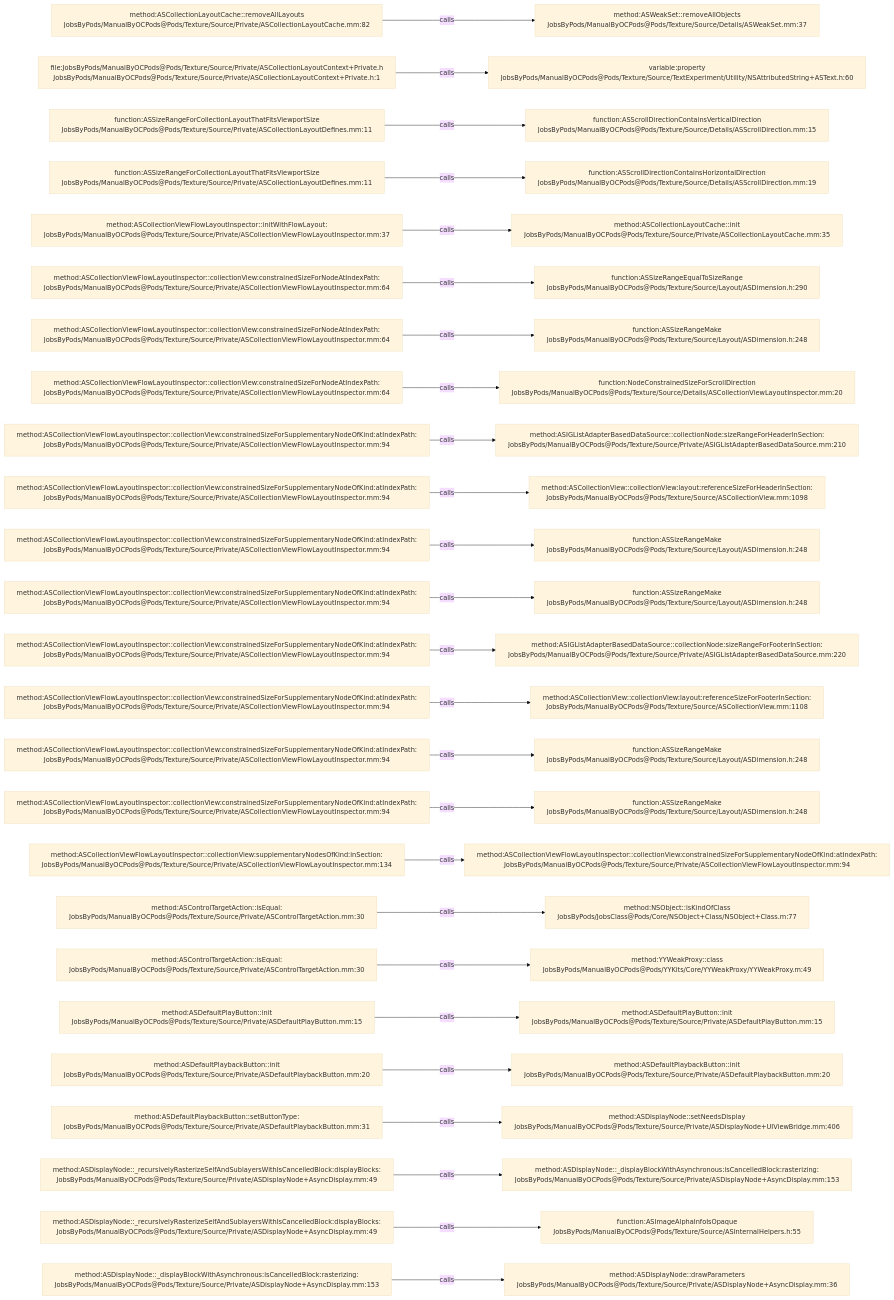
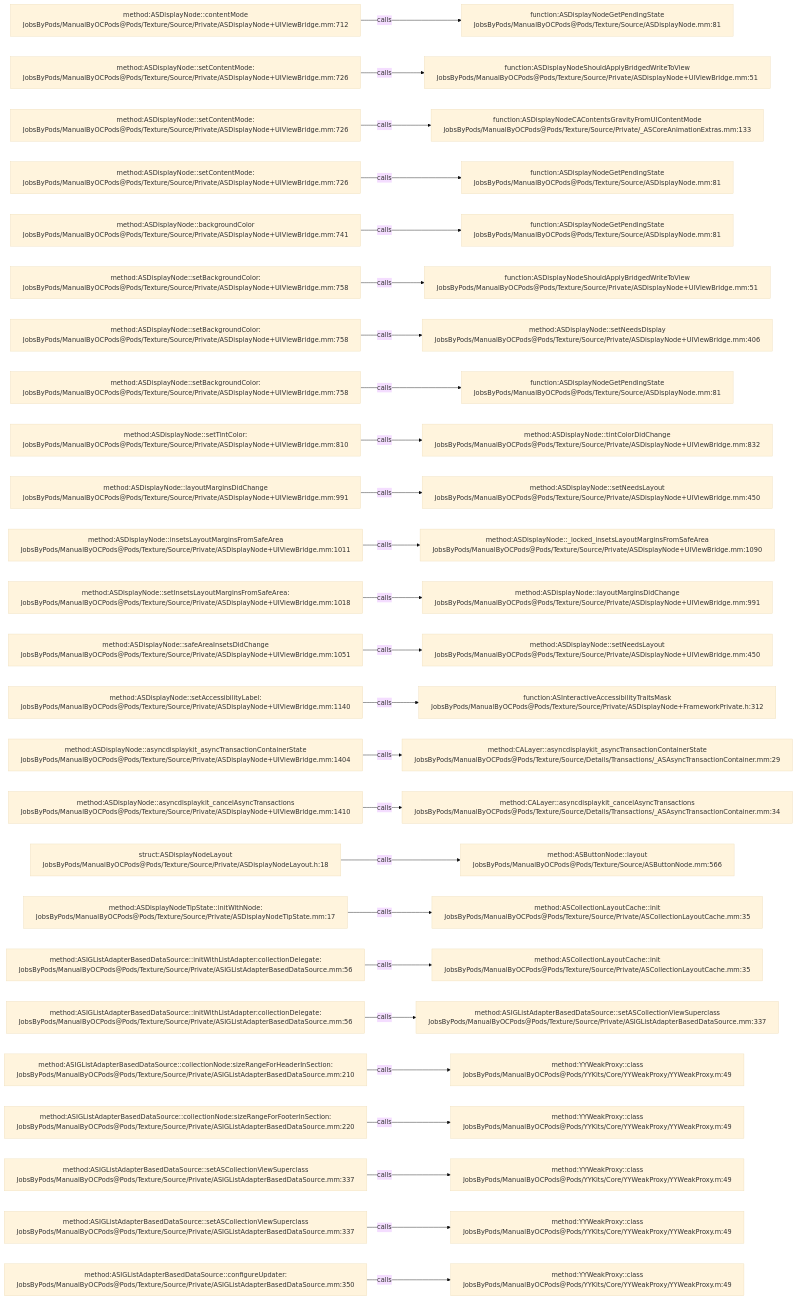
The diagram in .codegraph/codegraph.md/graphs/calls-187.md (JobsKits/JobsOCBaseConfigDemo), drawn with Mermaid (base theme) before and after one commit. The commit also changed 1353 other files, not shown here.

````diff
--- a/.codegraph/codegraph.md/graphs/calls-187.md
+++ b/.codegraph/codegraph.md/graphs/calls-187.md
@@ -13,78 +13,78 @@
 ```mermaid
 flowchart LR
-  S1["method:ASCollectionLayoutCache::removeAllLayouts<br/>JobsByPods/ManualByOCPods@Pods/Texture/Source/Private/ASCollectionLayoutCache.mm:82"]
-  T1["method:ASWeakSet::removeAllObjects<br/>JobsByPods/ManualByOCPods@Pods/Texture/Source/Details/ASWeakSet.mm:37"]
+  S1["method:ASDisplayNode::contentMode<br/>JobsByPods/ManualByOCPods@Pods/Texture/Source/Private/ASDisplayNode+UIViewBridge.mm:712"]
+  T1["function:ASDisplayNodeGetPendingState<br/>JobsByPods/ManualByOCPods@Pods/Texture/Source/ASDisplayNode.mm:81"]
   S1 -->|calls| T1
-  S2["file:JobsByPods/ManualByOCPods@Pods/Texture/Source/Private/ASCollectionLayoutContext+Private.h<br/>JobsByPods/ManualByOCPods@Pods/Texture/Source/Private/ASCollectionLayoutContext+Private.h:1"]
-  T2["variable:property<br/>JobsByPods/ManualByOCPods@Pods/Texture/Source/TextExperiment/Utility/NSAttributedString+ASText.h:60"]
+  S2["method:ASDisplayNode::setContentMode:<br/>JobsByPods/ManualByOCPods@Pods/Texture/Source/Private/ASDisplayNode+UIViewBridge.mm:726"]
+  T2["function:ASDisplayNodeShouldApplyBridgedWriteToView<br/>JobsByPods/ManualByOCPods@Pods/Texture/Source/Private/ASDisplayNode+UIViewBridge.mm:51"]
   S2 -->|calls| T2
-  S3["function:ASSizeRangeForCollectionLayoutThatFitsViewportSize<br/>JobsByPods/ManualByOCPods@Pods/Texture/Source/Private/ASCollectionLayoutDefines.mm:11"]
-  T3["function:ASScrollDirectionContainsVerticalDirection<br/>JobsByPods/ManualByOCPods@Pods/Texture/Source/Details/ASScrollDirection.mm:15"]
+  S3["method:ASDisplayNode::setContentMode:<br/>JobsByPods/ManualByOCPods@Pods/Texture/Source/Private/ASDisplayNode+UIViewBridge.mm:726"]
+  T3["function:ASDisplayNodeCAContentsGravityFromUIContentMode<br/>JobsByPods/ManualByOCPods@Pods/Texture/Source/Private/_ASCoreAnimationExtras.mm:133"]
   S3 -->|calls| T3
-  S4["function:ASSizeRangeForCollectionLayoutThatFitsViewportSize<br/>JobsByPods/ManualByOCPods@Pods/Texture/Source/Private/ASCollectionLayoutDefines.mm:11"]
-  T4["function:ASScrollDirectionContainsHorizontalDirection<br/>JobsByPods/ManualByOCPods@Pods/Texture/Source/Details/ASScrollDirection.mm:19"]
+  S4["method:ASDisplayNode::setContentMode:<br/>JobsByPods/ManualByOCPods@Pods/Texture/Source/Private/ASDisplayNode+UIViewBridge.mm:726"]
+  T4["function:ASDisplayNodeGetPendingState<br/>JobsByPods/ManualByOCPods@Pods/Texture/Source/ASDisplayNode.mm:81"]
   S4 -->|calls| T4
-  S5["method:ASCollectionViewFlowLayoutInspector::initWithFlowLayout:<br/>JobsByPods/ManualByOCPods@Pods/Texture/Source/Private/ASCollectionViewFlowLayoutInspector.mm:37"]
-  T5["method:ASCollectionLayoutCache::init<br/>JobsByPods/ManualByOCPods@Pods/Texture/Source/Private/ASCollectionLayoutCache.mm:35"]
+  S5["method:ASDisplayNode::backgroundColor<br/>JobsByPods/ManualByOCPods@Pods/Texture/Source/Private/ASDisplayNode+UIViewBridge.mm:741"]
+  T5["function:ASDisplayNodeGetPendingState<br/>JobsByPods/ManualByOCPods@Pods/Texture/Source/ASDisplayNode.mm:81"]
   S5 -->|calls| T5
-  S6["method:ASCollectionViewFlowLayoutInspector::collectionView:constrainedSizeForNodeAtIndexPath:<br/>JobsByPods/ManualByOCPods@Pods/Texture/Source/Private/ASCollectionViewFlowLayoutInspector.mm:64"]
-  T6["function:ASSizeRangeEqualToSizeRange<br/>JobsByPods/ManualByOCPods@Pods/Texture/Source/Layout/ASDimension.h:290"]
+  S6["method:ASDisplayNode::setBackgroundColor:<br/>JobsByPods/ManualByOCPods@Pods/Texture/Source/Private/ASDisplayNode+UIViewBridge.mm:758"]
+  T6["function:ASDisplayNodeShouldApplyBridgedWriteToView<br/>JobsByPods/ManualByOCPods@Pods/Texture/Source/Private/ASDisplayNode+UIViewBridge.mm:51"]
   S6 -->|calls| T6
-  S7["method:ASCollectionViewFlowLayoutInspector::collectionView:constrainedSizeForNodeAtIndexPath:<br/>JobsByPods/ManualByOCPods@Pods/Texture/Source/Private/ASCollectionViewFlowLayoutInspector.mm:64"]
-  T7["function:ASSizeRangeMake<br/>JobsByPods/ManualByOCPods@Pods/Texture/Source/Layout/ASDimension.h:248"]
+  S7["method:ASDisplayNode::setBackgroundColor:<br/>JobsByPods/ManualByOCPods@Pods/Texture/Source/Private/ASDisplayNode+UIViewBridge.mm:758"]
+  T7["method:ASDisplayNode::setNeedsDisplay<br/>JobsByPods/ManualByOCPods@Pods/Texture/Source/Private/ASDisplayNode+UIViewBridge.mm:406"]
   S7 -->|calls| T7
-  S8["method:ASCollectionViewFlowLayoutInspector::collectionView:constrainedSizeForNodeAtIndexPath:<br/>JobsByPods/ManualByOCPods@Pods/Texture/Source/Private/ASCollectionViewFlowLayoutInspector.mm:64"]
-  T8["function:NodeConstrainedSizeForScrollDirection<br/>JobsByPods/ManualByOCPods@Pods/Texture/Source/Details/ASCollectionViewLayoutInspector.mm:20"]
+  S8["method:ASDisplayNode::setBackgroundColor:<br/>JobsByPods/ManualByOCPods@Pods/Texture/Source/Private/ASDisplayNode+UIViewBridge.mm:758"]
+  T8["function:ASDisplayNodeGetPendingState<br/>JobsByPods/ManualByOCPods@Pods/Texture/Source/ASDisplayNode.mm:81"]
   S8 -->|calls| T8
-  S9["method:ASCollectionViewFlowLayoutInspector::collectionView:constrainedSizeForSupplementaryNodeOfKind:atIndexPath:<br/>JobsByPods/ManualByOCPods@Pods/Texture/Source/Private/ASCollectionViewFlowLayoutInspector.mm:94"]
-  T9["method:ASIGListAdapterBasedDataSource::collectionNode:sizeRangeForHeaderInSection:<br/>JobsByPods/ManualByOCPods@Pods/Texture/Source/Private/ASIGListAdapterBasedDataSource.mm:210"]
+  S9["method:ASDisplayNode::setTintColor:<br/>JobsByPods/ManualByOCPods@Pods/Texture/Source/Private/ASDisplayNode+UIViewBridge.mm:810"]
+  T9["method:ASDisplayNode::tintColorDidChange<br/>JobsByPods/ManualByOCPods@Pods/Texture/Source/Private/ASDisplayNode+UIViewBridge.mm:832"]
   S9 -->|calls| T9
-  S10["method:ASCollectionViewFlowLayoutInspector::collectionView:constrainedSizeForSupplementaryNodeOfKind:atIndexPath:<br/>JobsByPods/ManualByOCPods@Pods/Texture/Source/Private/ASCollectionViewFlowLayoutInspector.mm:94"]
-  T10["method:ASCollectionView::collectionView:layout:referenceSizeForHeaderInSection:<br/>JobsByPods/ManualByOCPods@Pods/Texture/Source/ASCollectionView.mm:1098"]
+  S10["method:ASDisplayNode::layoutMarginsDidChange<br/>JobsByPods/ManualByOCPods@Pods/Texture/Source/Private/ASDisplayNode+UIViewBridge.mm:991"]
+  T10["method:ASDisplayNode::setNeedsLayout<br/>JobsByPods/ManualByOCPods@Pods/Texture/Source/Private/ASDisplayNode+UIViewBridge.mm:450"]
   S10 -->|calls| T10
-  S11["method:ASCollectionViewFlowLayoutInspector::collectionView:constrainedSizeForSupplementaryNodeOfKind:atIndexPath:<br/>JobsByPods/ManualByOCPods@Pods/Texture/Source/Private/ASCollectionViewFlowLayoutInspector.mm:94"]
-  T11["function:ASSizeRangeMake<br/>JobsByPods/ManualByOCPods@Pods/Texture/Source/Layout/ASDimension.h:248"]
+  S11["method:ASDisplayNode::insetsLayoutMarginsFromSafeArea<br/>JobsByPods/ManualByOCPods@Pods/Texture/Source/Private/ASDisplayNode+UIViewBridge.mm:1011"]
+  T11["method:ASDisplayNode::_locked_insetsLayoutMarginsFromSafeArea<br/>JobsByPods/ManualByOCPods@Pods/Texture/Source/Private/ASDisplayNode+UIViewBridge.mm:1090"]
   S11 -->|calls| T11
-  S12["method:ASCollectionViewFlowLayoutInspector::collectionView:constrainedSizeForSupplementaryNodeOfKind:atIndexPath:<br/>JobsByPods/ManualByOCPods@Pods/Texture/Source/Private/ASCollectionViewFlowLayoutInspector.mm:94"]
-  T12["function:ASSizeRangeMake<br/>JobsByPods/ManualByOCPods@Pods/Texture/Source/Layout/ASDimension.h:248"]
+  S12["method:ASDisplayNode::setInsetsLayoutMarginsFromSafeArea:<br/>JobsByPods/ManualByOCPods@Pods/Texture/Source/Private/ASDisplayNode+UIViewBridge.mm:1018"]
+  T12["method:ASDisplayNode::layoutMarginsDidChange<br/>JobsByPods/ManualByOCPods@Pods/Texture/Source/Private/ASDisplayNode+UIViewBridge.mm:991"]
   S12 -->|calls| T12
-  S13["method:ASCollectionViewFlowLayoutInspector::collectionView:constrainedSizeForSupplementaryNodeOfKind:atIndexPath:<br/>JobsByPods/ManualByOCPods@Pods/Texture/Source/Private/ASCollectionViewFlowLayoutInspector.mm:94"]
-  T13["method:ASIGListAdapterBasedDataSource::collectionNode:sizeRangeForFooterInSection:<br/>JobsByPods/ManualByOCPods@Pods/Texture/Source/Private/ASIGListAdapterBasedDataSource.mm:220"]
+  S13["method:ASDisplayNode::safeAreaInsetsDidChange<br/>JobsByPods/ManualByOCPods@Pods/Texture/Source/Private/ASDisplayNode+UIViewBridge.mm:1051"]
+  T13["method:ASDisplayNode::setNeedsLayout<br/>JobsByPods/ManualByOCPods@Pods/Texture/Source/Private/ASDisplayNode+UIViewBridge.mm:450"]
   S13 -->|calls| T13
-  S14["method:ASCollectionViewFlowLayoutInspector::collectionView:constrainedSizeForSupplementaryNodeOfKind:atIndexPath:<br/>JobsByPods/ManualByOCPods@Pods/Texture/Source/Private/ASCollectionViewFlowLayoutInspector.mm:94"]
-  T14["method:ASCollectionView::collectionView:layout:referenceSizeForFooterInSection:<br/>JobsByPods/ManualByOCPods@Pods/Texture/Source/ASCollectionView.mm:1108"]
+  S14["method:ASDisplayNode::setAccessibilityLabel:<br/>JobsByPods/ManualByOCPods@Pods/Texture/Source/Private/ASDisplayNode+UIViewBridge.mm:1140"]
+  T14["function:ASInteractiveAccessibilityTraitsMask<br/>JobsByPods/ManualByOCPods@Pods/Texture/Source/Private/ASDisplayNode+FrameworkPrivate.h:312"]
   S14 -->|calls| T14
-  S15["method:ASCollectionViewFlowLayoutInspector::collectionView:constrainedSizeForSupplementaryNodeOfKind:atIndexPath:<br/>JobsByPods/ManualByOCPods@Pods/Texture/Source/Private/ASCollectionViewFlowLayoutInspector.mm:94"]
-  T15["function:ASSizeRangeMake<br/>JobsByPods/ManualByOCPods@Pods/Texture/Source/Layout/ASDimension.h:248"]
+  S15["method:ASDisplayNode::asyncdisplaykit_asyncTransactionContainerState<br/>JobsByPods/ManualByOCPods@Pods/Texture/Source/Private/ASDisplayNode+UIViewBridge.mm:1404"]
+  T15["method:CALayer::asyncdisplaykit_asyncTransactionContainerState<br/>JobsByPods/ManualByOCPods@Pods/Texture/Source/Details/Transactions/_ASAsyncTransactionContainer.mm:29"]
   S15 -->|calls| T15
-  S16["method:ASCollectionViewFlowLayoutInspector::collectionView:constrainedSizeForSupplementaryNodeOfKind:atIndexPath:<br/>JobsByPods/ManualByOCPods@Pods/Texture/Source/Private/ASCollectionViewFlowLayoutInspector.mm:94"]
-  T16["function:ASSizeRangeMake<br/>JobsByPods/ManualByOCPods@Pods/Texture/Source/Layout/ASDimension.h:248"]
+  S16["method:ASDisplayNode::asyncdisplaykit_cancelAsyncTransactions<br/>JobsByPods/ManualByOCPods@Pods/Texture/Source/Private/ASDisplayNode+UIViewBridge.mm:1410"]
+  T16["method:CALayer::asyncdisplaykit_cancelAsyncTransactions<br/>JobsByPods/ManualByOCPods@Pods/Texture/Source/Details/Transactions/_ASAsyncTransactionContainer.mm:34"]
   S16 -->|calls| T16
-  S17["method:ASCollectionViewFlowLayoutInspector::collectionView:supplementaryNodesOfKind:inSection:<br/>JobsByPods/ManualByOCPods@Pods/Texture/Source/Private/ASCollectionViewFlowLayoutInspector.mm:134"]
-  T17["method:ASCollectionViewFlowLayoutInspector::collectionView:constrainedSizeForSupplementaryNodeOfKind:atIndexPath:<br/>JobsByPods/ManualByOCPods@Pods/Texture/Source/Private/ASCollectionViewFlowLayoutInspector.mm:94"]
+  S17["struct:ASDisplayNodeLayout<br/>JobsByPods/ManualByOCPods@Pods/Texture/Source/Private/ASDisplayNodeLayout.h:18"]
+  T17["method:ASButtonNode::layout<br/>JobsByPods/ManualByOCPods@Pods/Texture/Source/ASButtonNode.mm:566"]
   S17 -->|calls| T17
-  S18["method:ASControlTargetAction::isEqual:<br/>JobsByPods/ManualByOCPods@Pods/Texture/Source/Private/ASControlTargetAction.mm:30"]
-  T18["method:NSObject::isKindOfClass<br/>JobsByPods/JobsClass@Pods/Core/NSObject+Class/NSObject+Class.m:77"]
+  S18["method:ASDisplayNodeTipState::initWithNode:<br/>JobsByPods/ManualByOCPods@Pods/Texture/Source/Private/ASDisplayNodeTipState.mm:17"]
+  T18["method:ASCollectionLayoutCache::init<br/>JobsByPods/ManualByOCPods@Pods/Texture/Source/Private/ASCollectionLayoutCache.mm:35"]
   S18 -->|calls| T18
-  S19["method:ASControlTargetAction::isEqual:<br/>JobsByPods/ManualByOCPods@Pods/Texture/Source/Private/ASControlTargetAction.mm:30"]
-  T19["method:YYWeakProxy::class<br/>JobsByPods/ManualByOCPods@Pods/YYKits/Core/YYWeakProxy/YYWeakProxy.m:49"]
+  S19["method:ASIGListAdapterBasedDataSource::initWithListAdapter:collectionDelegate:<br/>JobsByPods/ManualByOCPods@Pods/Texture/Source/Private/ASIGListAdapterBasedDataSource.mm:56"]
+  T19["method:ASCollectionLayoutCache::init<br/>JobsByPods/ManualByOCPods@Pods/Texture/Source/Private/ASCollectionLayoutCache.mm:35"]
   S19 -->|calls| T19
-  S20["method:ASDefaultPlayButton::init<br/>JobsByPods/ManualByOCPods@Pods/Texture/Source/Private/ASDefaultPlayButton.mm:15"]
-  T20["method:ASDefaultPlayButton::init<br/>JobsByPods/ManualByOCPods@Pods/Texture/Source/Private/ASDefaultPlayButton.mm:15"]
+  S20["method:ASIGListAdapterBasedDataSource::initWithListAdapter:collectionDelegate:<br/>JobsByPods/ManualByOCPods@Pods/Texture/Source/Private/ASIGListAdapterBasedDataSource.mm:56"]
+  T20["method:ASIGListAdapterBasedDataSource::setASCollectionViewSuperclass<br/>JobsByPods/ManualByOCPods@Pods/Texture/Source/Private/ASIGListAdapterBasedDataSource.mm:337"]
   S20 -->|calls| T20
-  S21["method:ASDefaultPlaybackButton::init<br/>JobsByPods/ManualByOCPods@Pods/Texture/Source/Private/ASDefaultPlaybackButton.mm:20"]
-  T21["method:ASDefaultPlaybackButton::init<br/>JobsByPods/ManualByOCPods@Pods/Texture/Source/Private/ASDefaultPlaybackButton.mm:20"]
+  S21["method:ASIGListAdapterBasedDataSource::collectionNode:sizeRangeForHeaderInSection:<br/>JobsByPods/ManualByOCPods@Pods/Texture/Source/Private/ASIGListAdapterBasedDataSource.mm:210"]
+  T21["method:YYWeakProxy::class<br/>JobsByPods/ManualByOCPods@Pods/YYKits/Core/YYWeakProxy/YYWeakProxy.m:49"]
   S21 -->|calls| T21
-  S22["method:ASDefaultPlaybackButton::setButtonType:<br/>JobsByPods/ManualByOCPods@Pods/Texture/Source/Private/ASDefaultPlaybackButton.mm:31"]
-  T22["method:ASDisplayNode::setNeedsDisplay<br/>JobsByPods/ManualByOCPods@Pods/Texture/Source/Private/ASDisplayNode+UIViewBridge.mm:406"]
+  S22["method:ASIGListAdapterBasedDataSource::collectionNode:sizeRangeForFooterInSection:<br/>JobsByPods/ManualByOCPods@Pods/Texture/Source/Private/ASIGListAdapterBasedDataSource.mm:220"]
+  T22["method:YYWeakProxy::class<br/>JobsByPods/ManualByOCPods@Pods/YYKits/Core/YYWeakProxy/YYWeakProxy.m:49"]
   S22 -->|calls| T22
-  S23["method:ASDisplayNode::_recursivelyRasterizeSelfAndSublayersWithIsCancelledBlock:displayBlocks:<br/>JobsByPods/ManualByOCPods@Pods/Texture/Source/Private/ASDisplayNode+AsyncDisplay.mm:49"]
-  T23["method:ASDisplayNode::_displayBlockWithAsynchronous:isCancelledBlock:rasterizing:<br/>JobsByPods/ManualByOCPods@Pods/Texture/Source/Private/ASDisplayNode+AsyncDisplay.mm:153"]
+  S23["method:ASIGListAdapterBasedDataSource::setASCollectionViewSuperclass<br/>JobsByPods/ManualByOCPods@Pods/Texture/Source/Private/ASIGListAdapterBasedDataSource.mm:337"]
+  T23["method:YYWeakProxy::class<br/>JobsByPods/ManualByOCPods@Pods/YYKits/Core/YYWeakProxy/YYWeakProxy.m:49"]
   S23 -->|calls| T23
-  S24["method:ASDisplayNode::_recursivelyRasterizeSelfAndSublayersWithIsCancelledBlock:displayBlocks:<br/>JobsByPods/ManualByOCPods@Pods/Texture/Source/Private/ASDisplayNode+AsyncDisplay.mm:49"]
-  T24["function:ASImageAlphaInfoIsOpaque<br/>JobsByPods/ManualByOCPods@Pods/Texture/Source/ASInternalHelpers.h:55"]
+  S24["method:ASIGListAdapterBasedDataSource::setASCollectionViewSuperclass<br/>JobsByPods/ManualByOCPods@Pods/Texture/Source/Private/ASIGListAdapterBasedDataSource.mm:337"]
+  T24["method:YYWeakProxy::class<br/>JobsByPods/ManualByOCPods@Pods/YYKits/Core/YYWeakProxy/YYWeakProxy.m:49"]
   S24 -->|calls| T24
-  S25["method:ASDisplayNode::_displayBlockWithAsynchronous:isCancelledBlock:rasterizing:<br/>JobsByPods/ManualByOCPods@Pods/Texture/Source/Private/ASDisplayNode+AsyncDisplay.mm:153"]
-  T25["method:ASDisplayNode::drawParameters<br/>JobsByPods/ManualByOCPods@Pods/Texture/Source/Private/ASDisplayNode+AsyncDisplay.mm:36"]
+  S25["method:ASIGListAdapterBasedDataSource::configureUpdater:<br/>JobsByPods/ManualByOCPods@Pods/Texture/Source/Private/ASIGListAdapterBasedDataSource.mm:350"]
+  T25["method:YYWeakProxy::class<br/>JobsByPods/ManualByOCPods@Pods/YYKits/Core/YYWeakProxy/YYWeakProxy.m:49"]
   S25 -->|calls| T25
 ```
````
